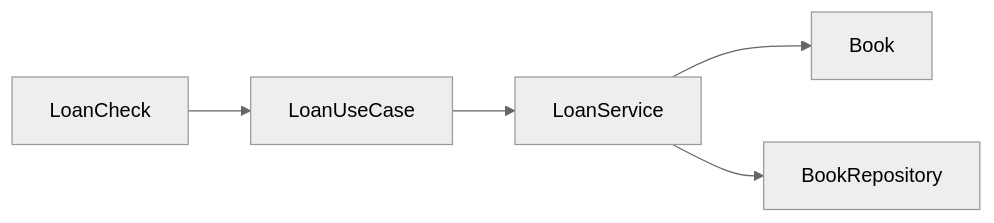
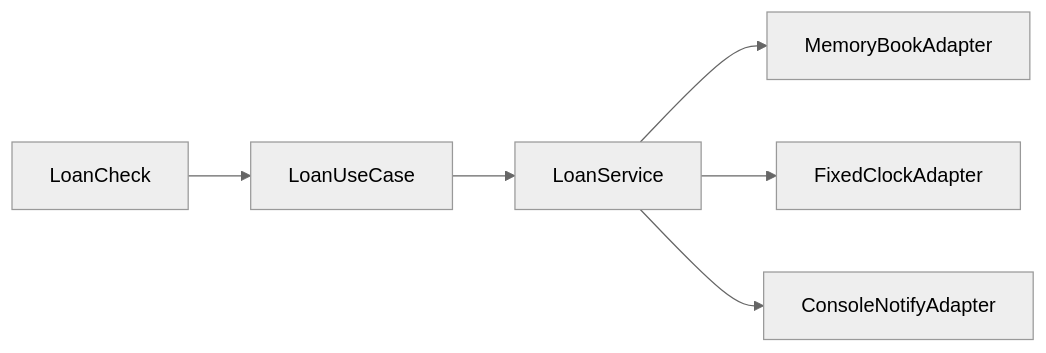
One commit to busan-bank-2026/hexa-example changed the fifth of 6 diagrams in .projectcode/wiki/scenarios.md. Above: the diagram before and after it, drawn with Mermaid (neutral theme). The commit also changed other lines of this file and 6 other files, not shown here.

````diff
--- a/.projectcode/wiki/scenarios.md
+++ b/.projectcode/wiki/scenarios.md
@@ -44,7 +105,8 @@
 ```mermaid
 flowchart LR
   A[LoanCheck] --> B[LoanUseCase]
   B --> C[LoanService]
-  C --> D[Book]
-  C --> E[BookRepository]
+  C --> D[MemoryBookAdapter]
+  C --> E[FixedClockAdapter]
+  C --> F[ConsoleNotifyAdapter]
 ```
````
